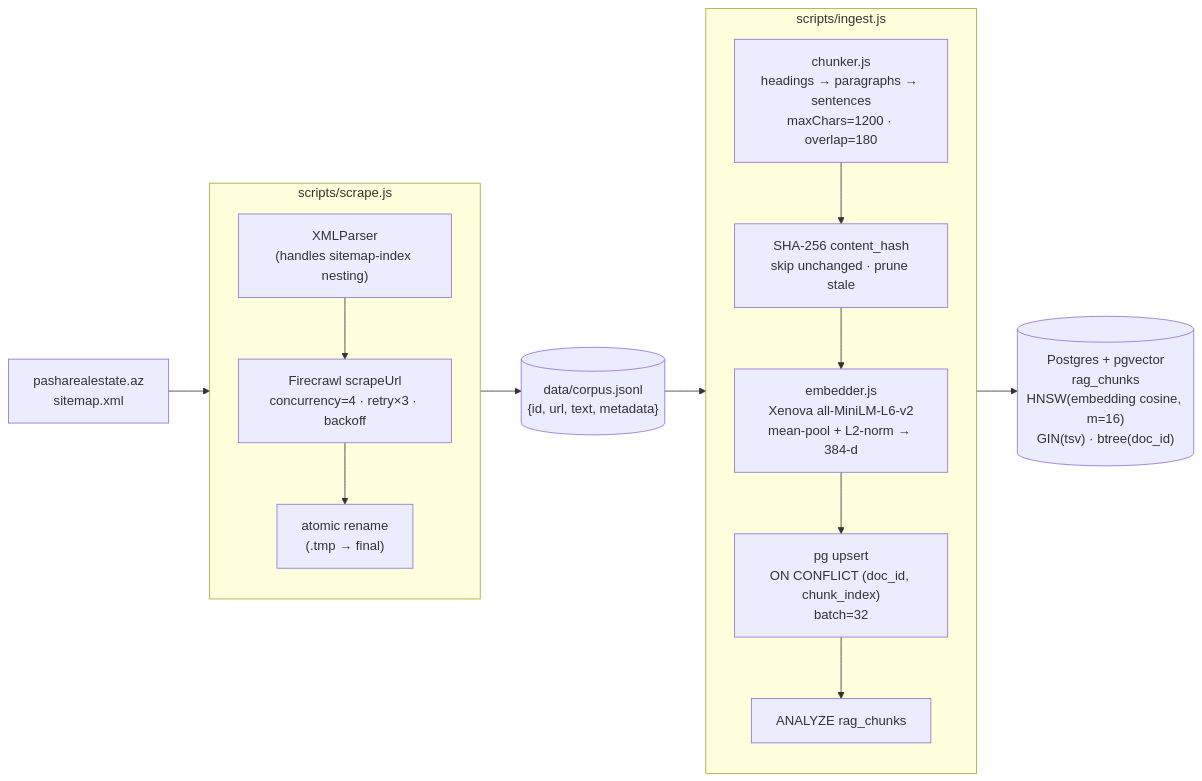
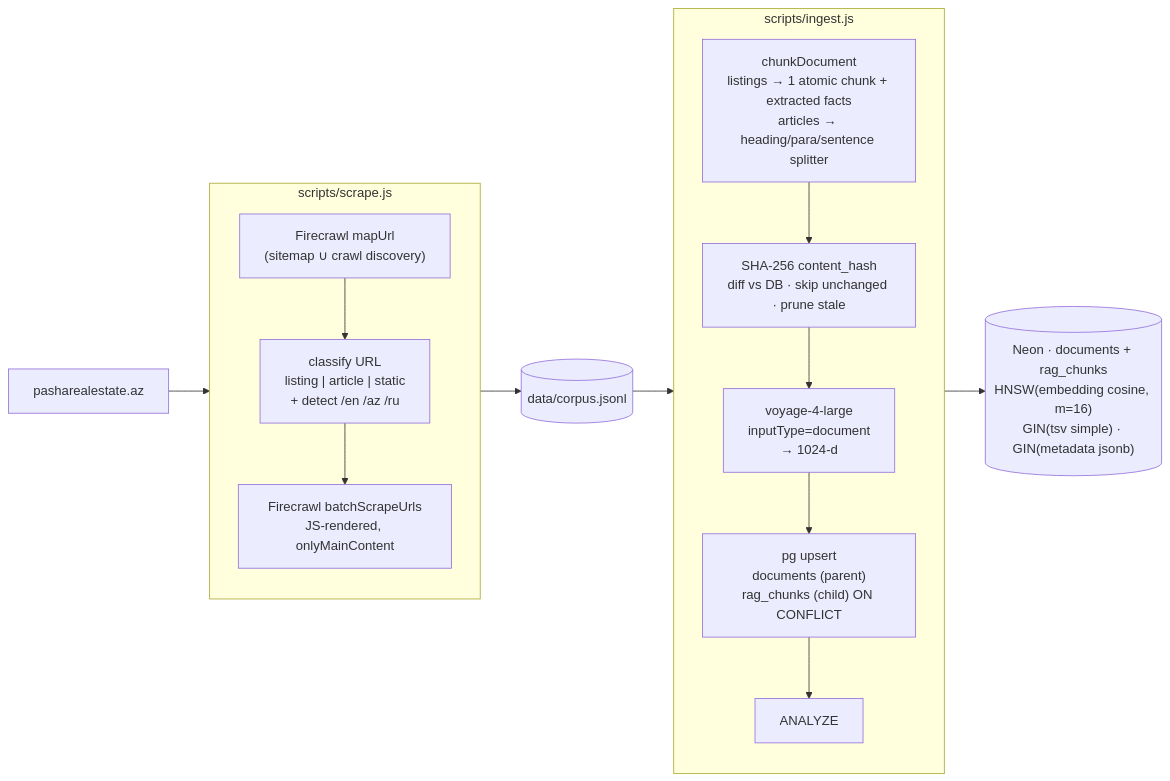
One commit to ismatsamadov/real_estate_rag changed the first of 2 diagrams in README.md. Above: the diagram before and after it, drawn with Mermaid. The commit also changed other lines of this file and 20 other files, not shown here.

````diff
--- a/README.md
+++ b/README.md
@@ -15,28 +41,27 @@
 ```mermaid
 flowchart LR
-    SM["pasharealestate.az<br/>sitemap.xml"] --> SCR
+    SITE["pasharealestate.az"] --> SCR
 
     subgraph SCR["scripts/scrape.js"]
         direction TB
-        S1["XMLParser<br/>(handles sitemap-index nesting)"]
-        S2["Firecrawl scrapeUrl<br/>concurrency=4 · retry×3 · backoff"]
-        S3["atomic rename<br/>(.tmp → final)"]
+        S1["Firecrawl mapUrl<br/>(sitemap ∪ crawl discovery)"]
+        S2["classify URL<br/>listing | article | static<br/>+ detect /en /az /ru"]
+        S3["Firecrawl batchScrapeUrls<br/>JS-rendered, onlyMainContent"]
         S1 --> S2 --> S3
     end
 
-    SCR --> JSONL[("data/corpus.jsonl<br/>{id, url, text, metadata}")]
-
+    SCR --> JSONL[("data/corpus.jsonl")]
     JSONL --> ING
 
     subgraph ING["scripts/ingest.js"]
         direction TB
-        I1["chunker.js<br/>headings → paragraphs → sentences<br/>maxChars=1200 · overlap=180"]
-        I2["SHA-256 content_hash<br/>skip unchanged · prune stale"]
-        I3["embedder.js<br/>Xenova all-MiniLM-L6-v2<br/>mean-pool + L2-norm → 384-d"]
-        I4["pg upsert<br/>ON CONFLICT (doc_id, chunk_index)<br/>batch=32"]
-        I5["ANALYZE rag_chunks"]
+        I1["chunkDocument<br/>listings → 1 atomic chunk + extracted facts<br/>articles → heading/para/sentence splitter"]
+        I2["SHA-256 content_hash<br/>diff vs DB · skip unchanged · prune stale"]
+        I3["voyage-4-large<br/>inputType=document<br/>→ 1024-d"]
+        I4["pg upsert<br/>documents (parent)<br/>rag_chunks (child) ON CONFLICT"]
+        I5["ANALYZE"]
         I1 --> I2 --> I3 --> I4 --> I5
     end
 
-    ING --> DB[("Postgres + pgvector<br/>rag_chunks<br/>HNSW(embedding cosine, m=16)<br/>GIN(tsv) · btree(doc_id)")]
+    ING --> DB[("Neon · documents + rag_chunks<br/>HNSW(embedding cosine, m=16)<br/>GIN(tsv simple) · GIN(metadata jsonb)")]
 ```
````
